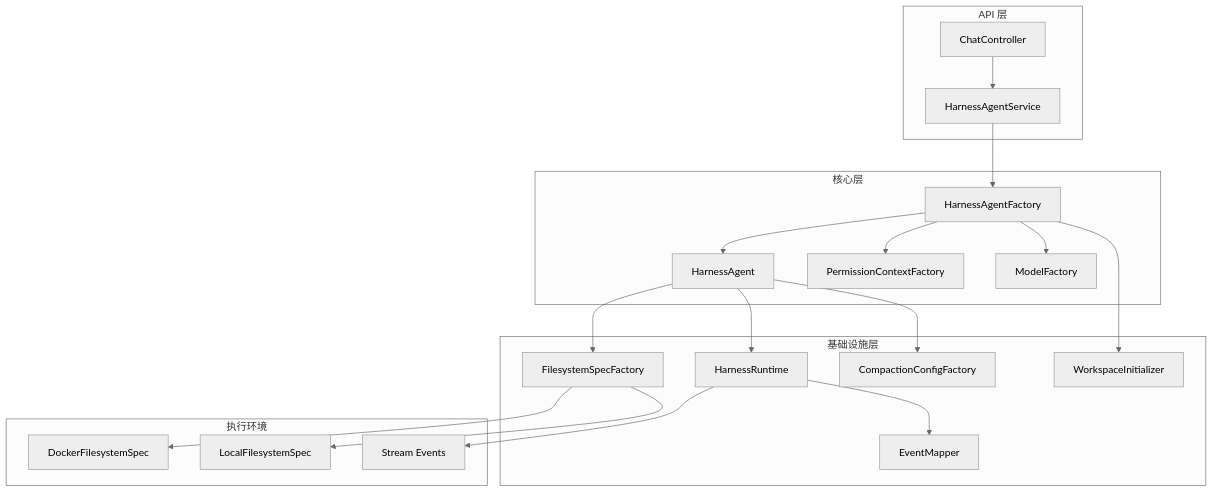
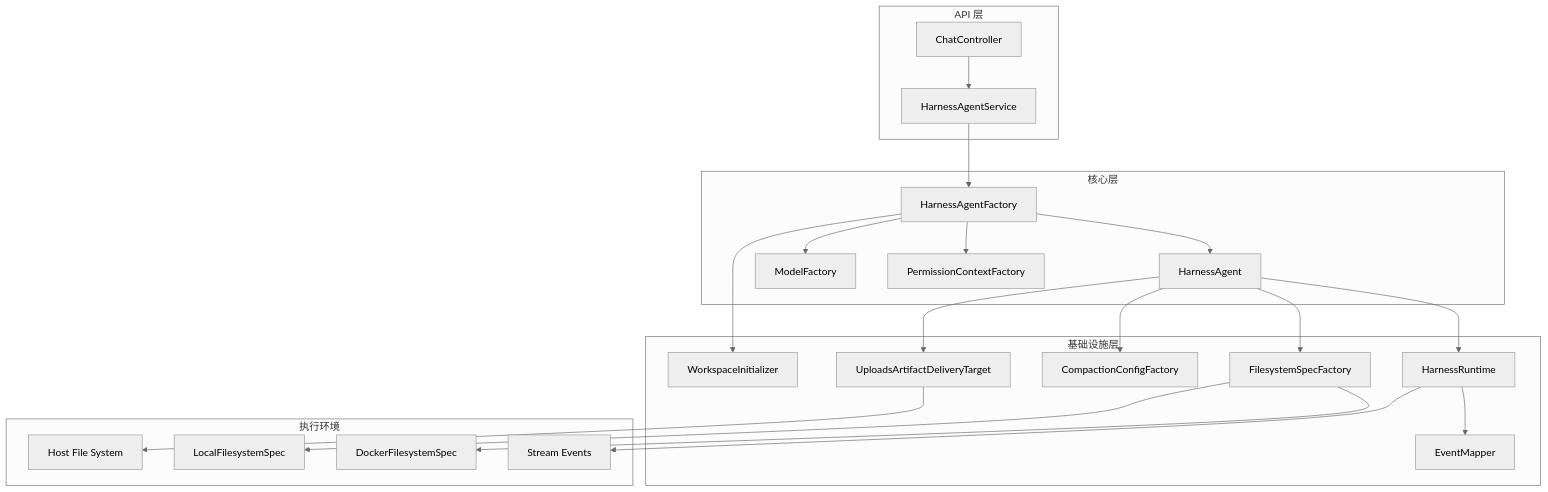
One commit to tinyhu/agentscope-demo changed the first of 5 diagrams in .qoder/repowiki/zh/content/Harness 框架/Harness 框架.md. Above: the diagram before and after it, drawn with Mermaid (neutral theme). The commit also changed other lines of this file and 111 other files, not shown here.

````diff
--- a/.qoder/repowiki/zh/content/Harness 框架/Harness 框架.md
+++ b/.qoder/repowiki/zh/content/Harness 框架/Harness 框架.md
@@ -52,27 +63,26 @@
 ```mermaid
 graph TB
-    subgraph "API 层"
-        A[ChatController] --> B[HarnessAgentService]
-    end
-    
-    subgraph "核心层"
-        B --> C[HarnessAgentFactory]
-        C --> D[HarnessAgent]
-        C --> E[PermissionContextFactory]
-        C --> F[ModelFactory]
-    end
-    
-    subgraph "基础设施层"
-        D --> G[HarnessRuntime]
-        G --> H[EventMapper]
-        D --> I[FilesystemSpecFactory]
-        D --> J[CompactionConfigFactory]
-        C --> K[WorkspaceInitializer]
-    end
-    
-    subgraph "执行环境"
-        I --> L[DockerFilesystemSpec]
-        I --> M[LocalFilesystemSpec]
-        G --> N[Stream Events]
-    end
+subgraph "API 层"
+A[ChatController] --> B[HarnessAgentService]
+end
+subgraph "核心层"
+B --> C[HarnessAgentFactory]
+C --> D[HarnessAgent]
+C --> E[PermissionContextFactory]
+C --> F[ModelFactory]
+end
+subgraph "基础设施层"
+D --> G[HarnessRuntime]
+G --> H[EventMapper]
+D --> I[FilesystemSpecFactory]
+D --> J[CompactionConfigFactory]
+D --> K[UploadsArtifactDeliveryTarget]
+C --> L[WorkspaceInitializer]
+end
+subgraph "执行环境"
+I --> M[DockerFilesystemSpec]
+I --> N[LocalFilesystemSpec]
+G --> O[Stream Events]
+K --> P[Host File System]
+end
 ```
````
